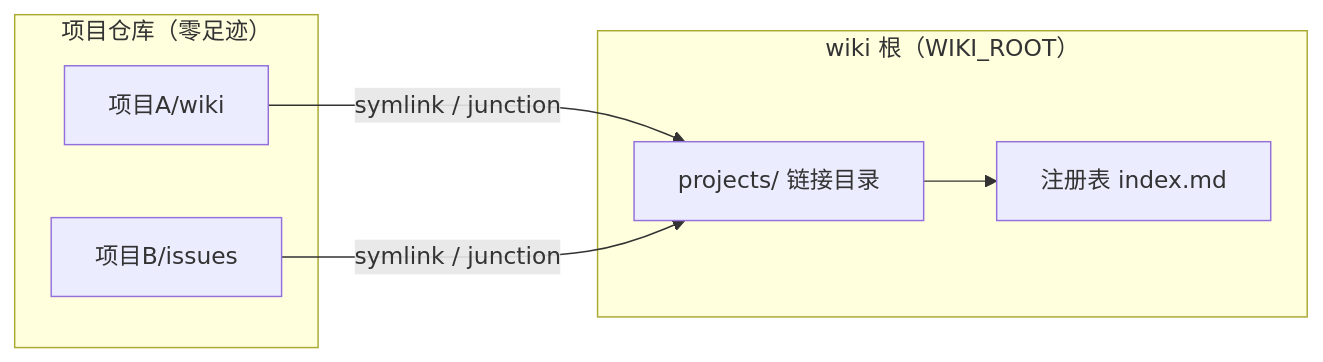
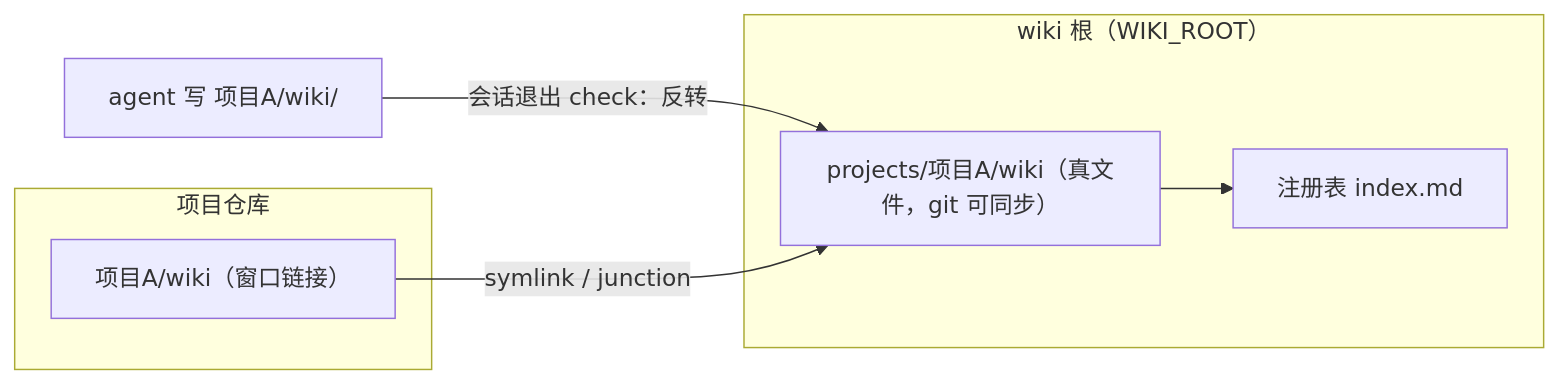
The first of 5 diagrams in pandawo/content/post/wiki-cli-design.md (daidaiJ/daidaiJ.github.io), drawn with Mermaid before and after one commit. The commit also changed other lines of this file, not shown here.

Commit message:
添加文章 wiki-cli-design.md

````diff
--- a/pandawo/content/post/wiki-cli-design.md
+++ b/pandawo/content/post/wiki-cli-design.md
@@ -103,14 +107,13 @@
 ```mermaid
 flowchart LR
-    subgraph 项目仓库["项目仓库（零足迹）"]
-        P1["项目A/wiki"]
-        P2["项目B/issues"]
+    A["agent 写 项目A/wiki/"] -->|"会话退出 check：反转"| P
+    subgraph WR["wiki 根（WIKI_ROOT）"]
+        P["projects/项目A/wiki（真文件，git 可同步）"]
+        R["注册表 index.md"]
     end
-    subgraph WR["wiki 根（WIKI_ROOT）"]
-        R["注册表 index.md"]
-        L["projects/ 链接目录"]
+    subgraph 项目仓库["项目仓库"]
+        W["项目A/wiki（窗口链接）"]
     end
-    P1 -- "symlink / junction" --> L
-    P2 -- "symlink / junction" --> L
-    L --> R
+    W -- "symlink / junction" --> P
+    P --> R
 ```
````
